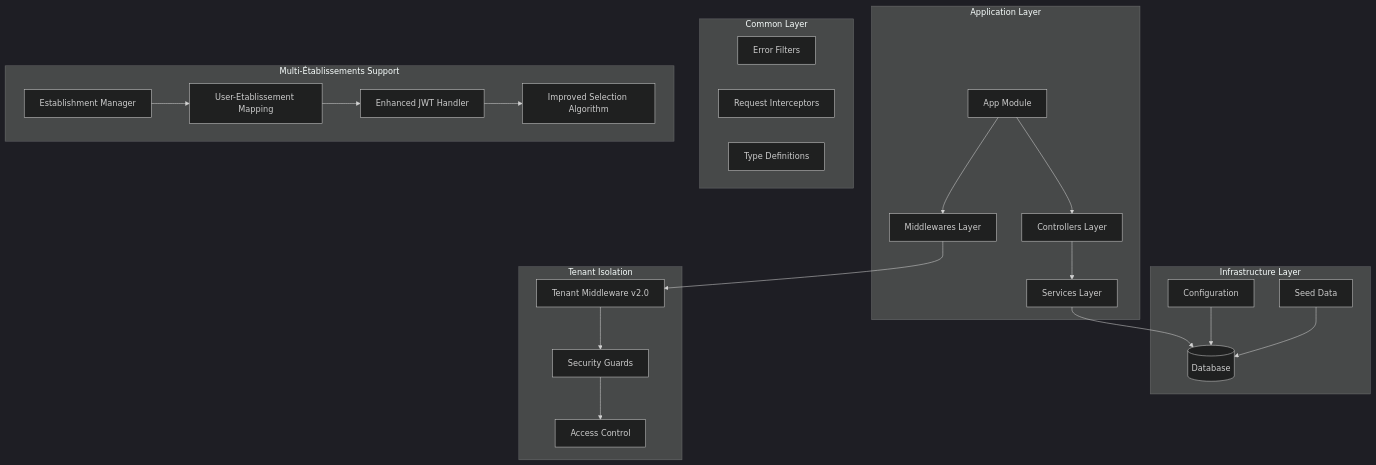
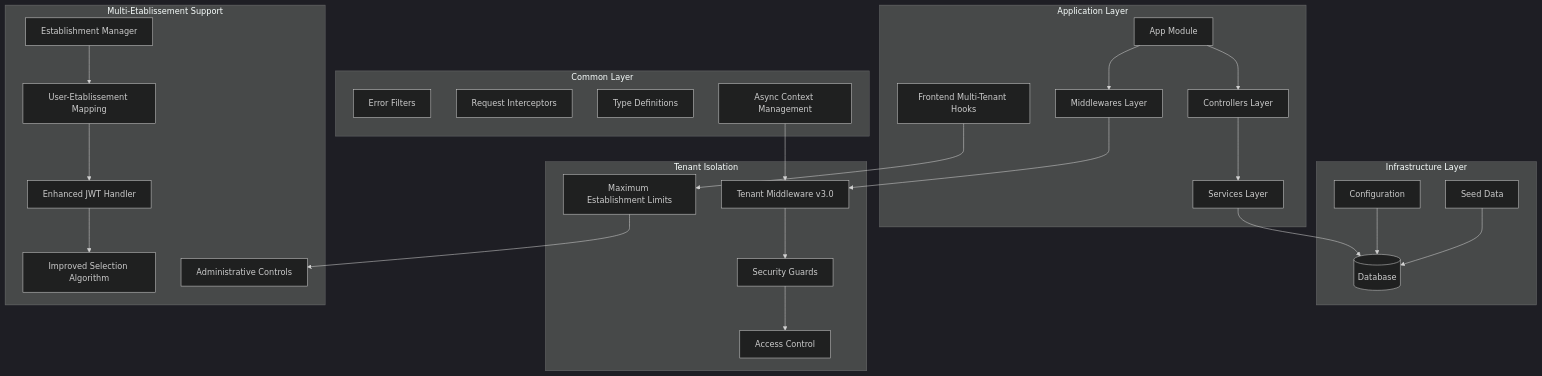
Before and after one commit to franckylab/eLISAschool: the first of 7 diagrams in .qoder/repowiki/en/content/Architecture Overview/Multi-Tenant Architecture.md, drawn with Mermaid (dark theme). The commit also changed other lines of this file and 281 other files, not shown here.

````diff
--- a/.qoder/repowiki/en/content/Architecture Overview/Multi-Tenant Architecture.md
+++ b/.qoder/repowiki/en/content/Architecture Overview/Multi-Tenant Architecture.md
@@ -57,42 +63,49 @@
 ```mermaid
 graph TB
 subgraph "Application Layer"
 App[App Module]
 Controllers[Controllers Layer]
 Services[Services Layer]
 Middlewares[Middlewares Layer]
+FrontendHooks[Frontend Multi-Tenant Hooks]
 end
 subgraph "Infrastructure Layer"
 Config[Configuration]
 Database[(Database)]
 Seed[Seed Data]
 end
 subgraph "Common Layer"
 Filters[Error Filters]
 Interceptors[Request Interceptors]
 Types[Type Definitions]
+Context[Async Context Management]
 end
 subgraph "Tenant Isolation"
-TenantMiddleware[Tenant Middleware v2.0]
+TenantMiddleware[Tenant Middleware v3.0]
 SecurityGuard[Security Guards]
 AccessControl[Access Control]
+EstablishmentLimits[Maximum Establishment Limits]
 end
-subgraph "Multi-Établissements Support"
+subgraph "Multi-Etablissement Support"
 EstablishmentManager[Establishment Manager]
 UserEstablishment[User-Etablissement Mapping]
 JWTHandler[Enhanced JWT Handler]
 SelectionAlgorithm[Improved Selection Algorithm]
+AdminControls[Administrative Controls]
 end
 App --> Controllers
 Controllers --> Services
 Services --> Database
 App --> Middlewares
 Middlewares --> TenantMiddleware
 TenantMiddleware --> SecurityGuard
 SecurityGuard --> AccessControl
 Config --> Database
 Seed --> Database
 EstablishmentManager --> UserEstablishment
 UserEstablishment --> JWTHandler
 JWTHandler --> SelectionAlgorithm
+FrontendHooks --> EstablishmentLimits
+EstablishmentLimits --> AdminControls
+Context --> TenantMiddleware
 ```
````
